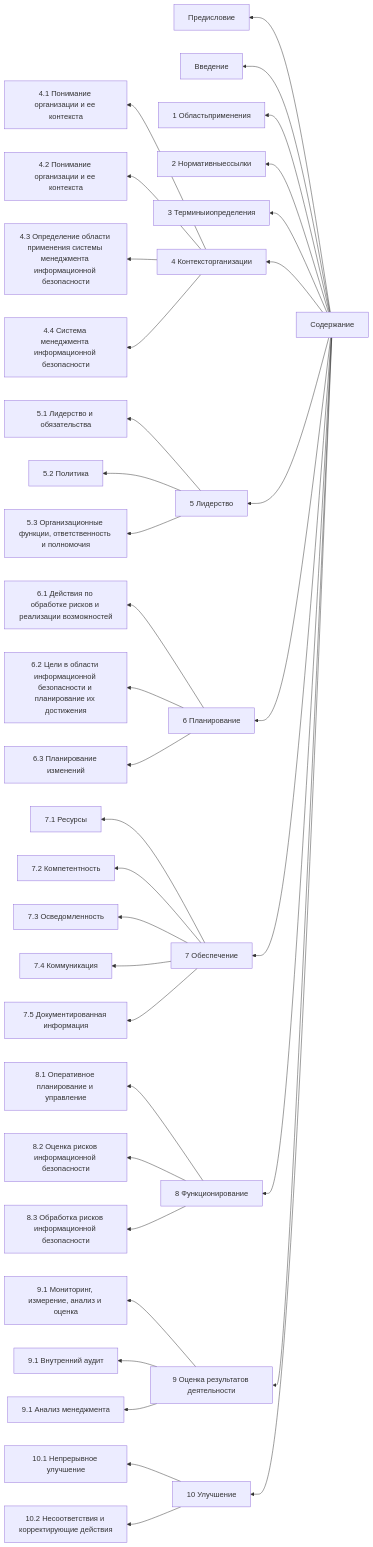
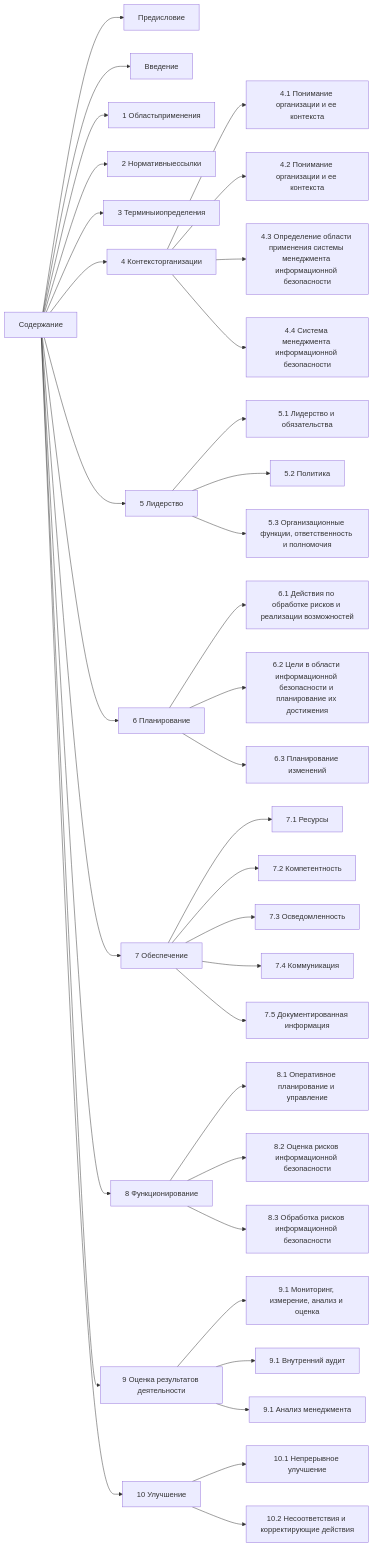
One commit to NiralZOV/Larin_Lab4 changed the diagram in Z2.md. Above: the diagram before and after it, drawn with Mermaid.

````diff
--- a/Z2.md
+++ b/Z2.md
@@ -2,40 +2,40 @@
 ```mermaid
-graph RL;
+graph LR;
 
 A[Содержание]-->B[Предисловие];
 A[Содержание]-->C[Введение];
 A[Содержание]-->D[1 Областьприменения];
 A[Содержание]-->E[2 Нормативныессылки];
 A[Содержание]-->F[3 Терминыиопределения];
 A[Содержание]-->G[4 Контексторганизации];
 G[4 Контексторганизации]-->N[4.1 Понимание организации и ее контекста]
 G[4 Контексторганизации]-->O[4.2 Понимание организации и ее контекста]
 G[4 Контексторганизации]-->P[4.3 Определение области применения системы менеджмента информационной безопасности]
 G[4 Контексторганизации]-->Q[4.4 Система менеджмента информационной безопасности]
 A[Содержание]-->H[5 Лидерство];
 H[5 Лидерство]-->R[5.1 Лидерство и обязательства]
 H[5 Лидерство]-->S[5.2 Политика]
 H[5 Лидерство]-->T[5.3 Организационные функции, ответственность и полномочия]
 A[Содержание]-->I[6 Планирование];
 I[6 Планирование]-->U[6.1 Действия по обработке рисков и реализации возможностей]
 I[6 Планирование]-->V[6.2 Цели в области информационной безопасности и планирование их достижения]
 I[6 Планирование]-->W[6.3 Планирование изменений] 
 A[Содержание]-->J[7 Обеспечение];
 J[7 Обеспечение]-->X[7.1 Ресурсы]
 J[7 Обеспечение]-->Y[7.2 Компетентность]
 J[7 Обеспечение]-->Z[7.3 Осведомленность]
 J[7 Обеспечение]-->AA[7.4 Коммуникация]
 J[7 Обеспечение]-->AB[7.5 Документированная информация]
 A[Содержание]-->K[8 Функционирование];
 K[8 Функционирование]-->AC[8.1 Оперативное планирование и управление]
 K[8 Функционирование]-->AD[8.2 Оценка рисков информационной безопасности]
 K[8 Функционирование]-->AE[8.3 Обработка рисков информационной безопасности]
 A[Содержание]-->L[9 Оценка результатов деятельности];
 L[9 Оценка результатов деятельности]-->AF[9.1 Мониторинг, измерение, анализ и оценка]
 L[9 Оценка результатов деятельности]-->AG[9.1 Внутренний аудит]
 L[9 Оценка результатов деятельности]-->AH[9.1 Анализ менеджмента]
 A[Содержание]-->M[10 Улучшение];
 M[10 Улучшение]-->AI[10.1 Непрерывное улучшение]
 M[10 Улучшение]-->AJ[10.2 Несоответствия и корректирующие действия]
 
 ```
````
